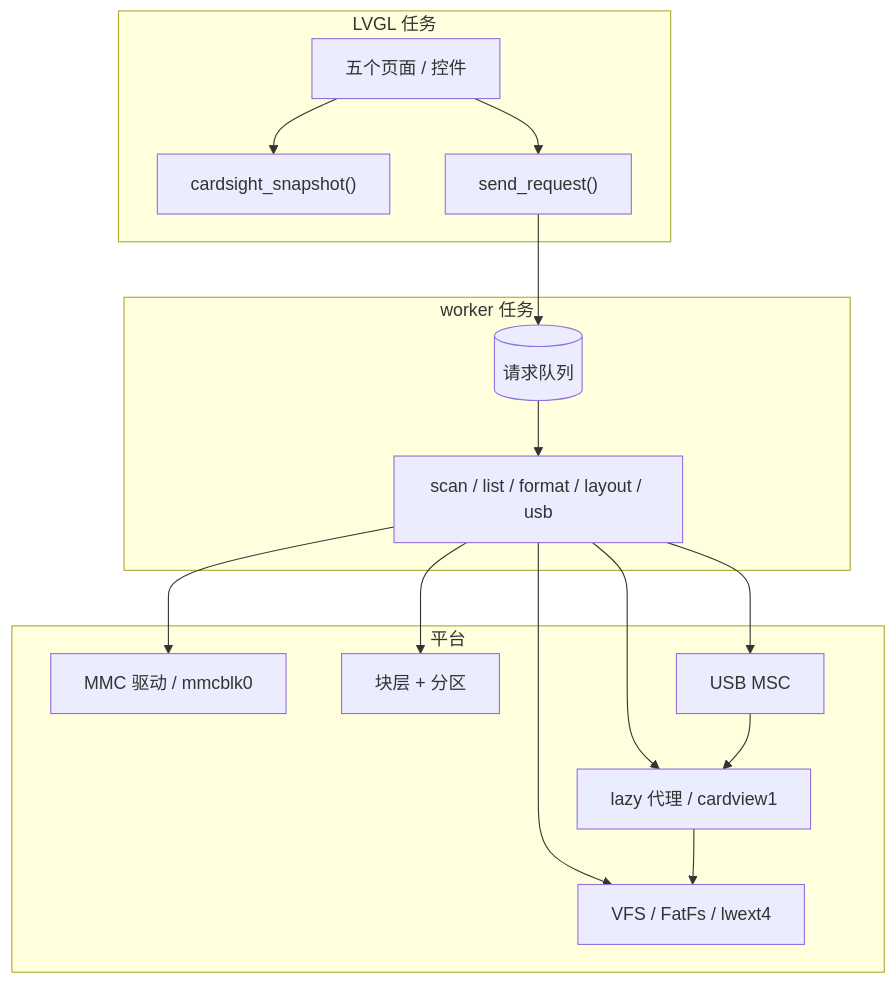
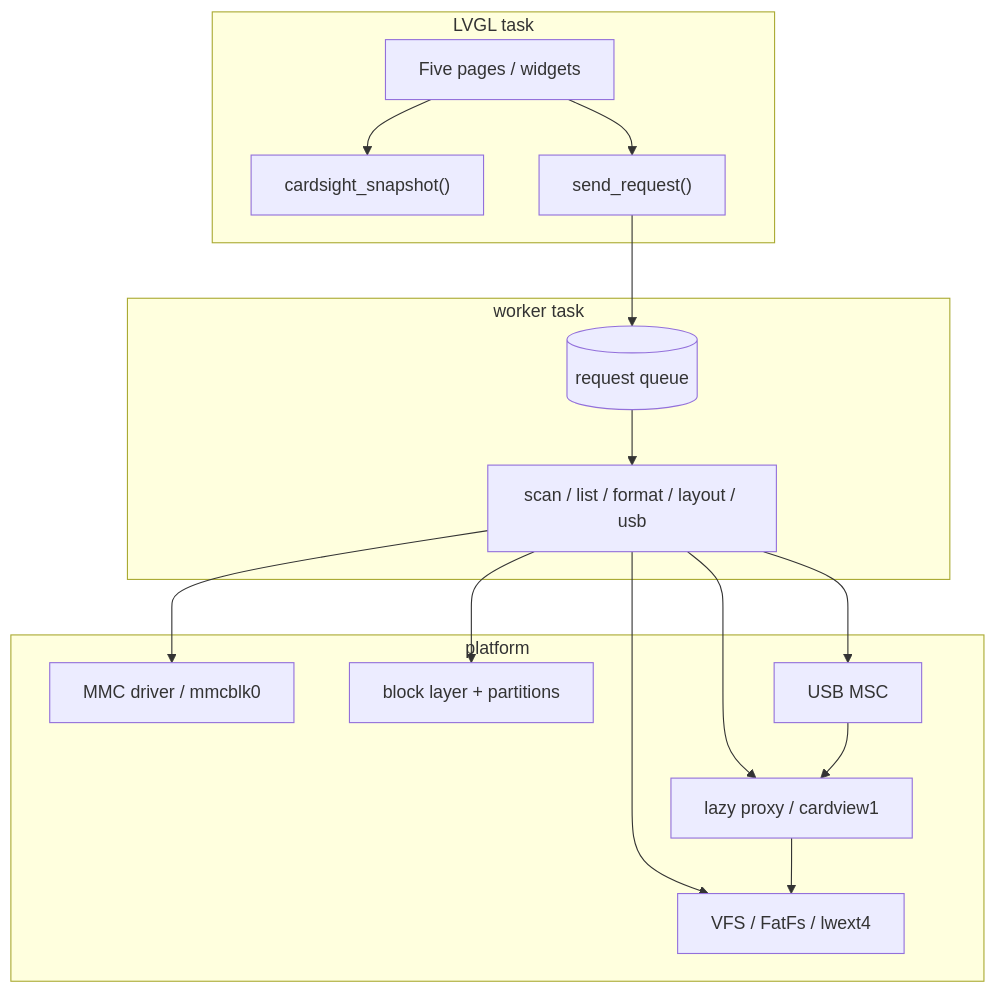
One commit to YuzukiHD/CardSight changed the diagram in docs/src/content/docs/architecture.md. Above: the diagram before and after it, drawn with Mermaid. The commit also changed other lines of this file and 41 other files, not shown here.

````diff
--- a/docs/src/content/docs/architecture.md
+++ b/docs/src/content/docs/architecture.md
@@ -31,28 +33,28 @@
 ```mermaid
 flowchart TB
-  subgraph UI["LVGL 任务"]
-    pages["五个页面 / 控件"]
+  subgraph UI["LVGL task"]
+    pages["Five pages / widgets"]
     snapshot["cardsight_snapshot()"]
     send["send_request()"]
   end
-  subgraph WORKER["worker 任务"]
-    queue[("请求队列")]
+  subgraph WORKER["worker task"]
+    queue[("request queue")]
     ops["scan / list / format / layout / usb"]
   end
-  subgraph PLATFORM["平台"]
-    mmc["MMC 驱动 / mmcblk0"]
-    blk["块层 + 分区"]
+  subgraph PLATFORM["platform"]
+    mmc["MMC driver / mmcblk0"]
+    blk["block layer + partitions"]
     vfs["VFS / FatFs / lwext4"]
-    proxy["lazy 代理 / cardview1"]
+    proxy["lazy proxy / cardview1"]
     usb["USB MSC"]
   end
   pages --> snapshot
   pages --> send --> queue --> ops
   ops --> mmc
   ops --> blk
   ops --> vfs
   ops --> proxy
   ops --> usb
   proxy --> vfs
   usb --> proxy
 ```
````
